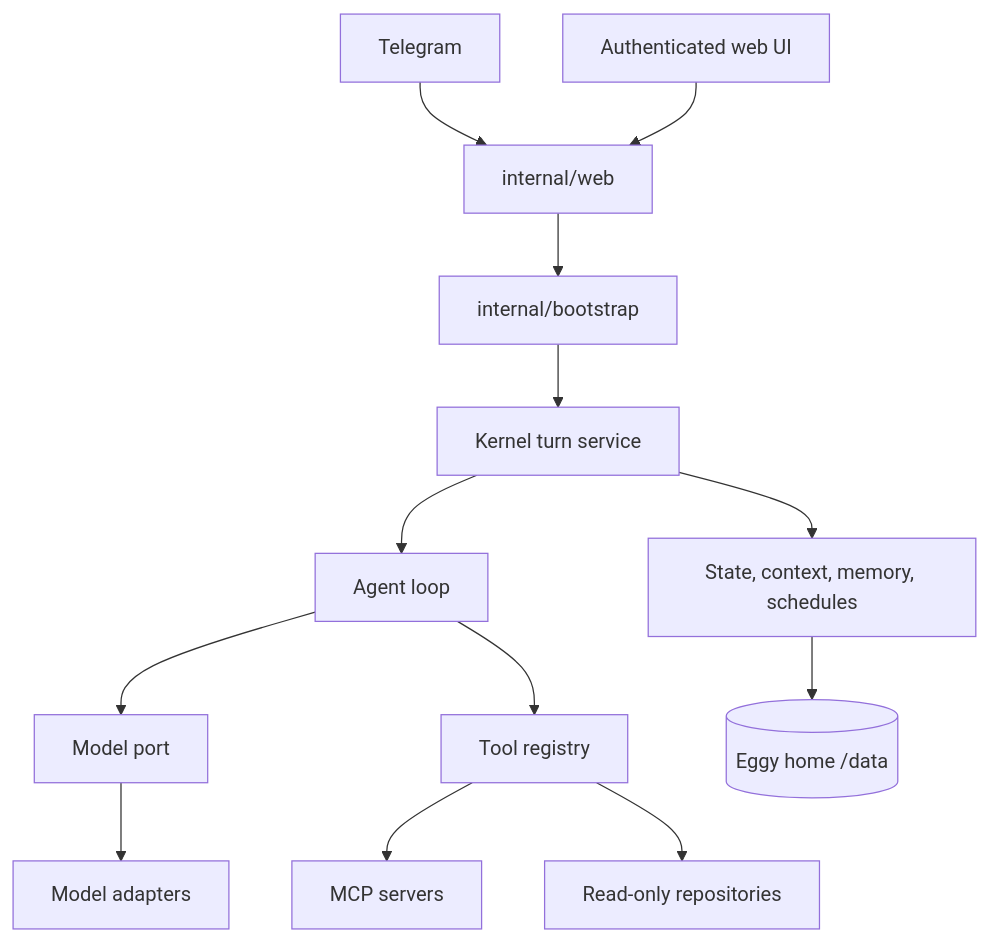
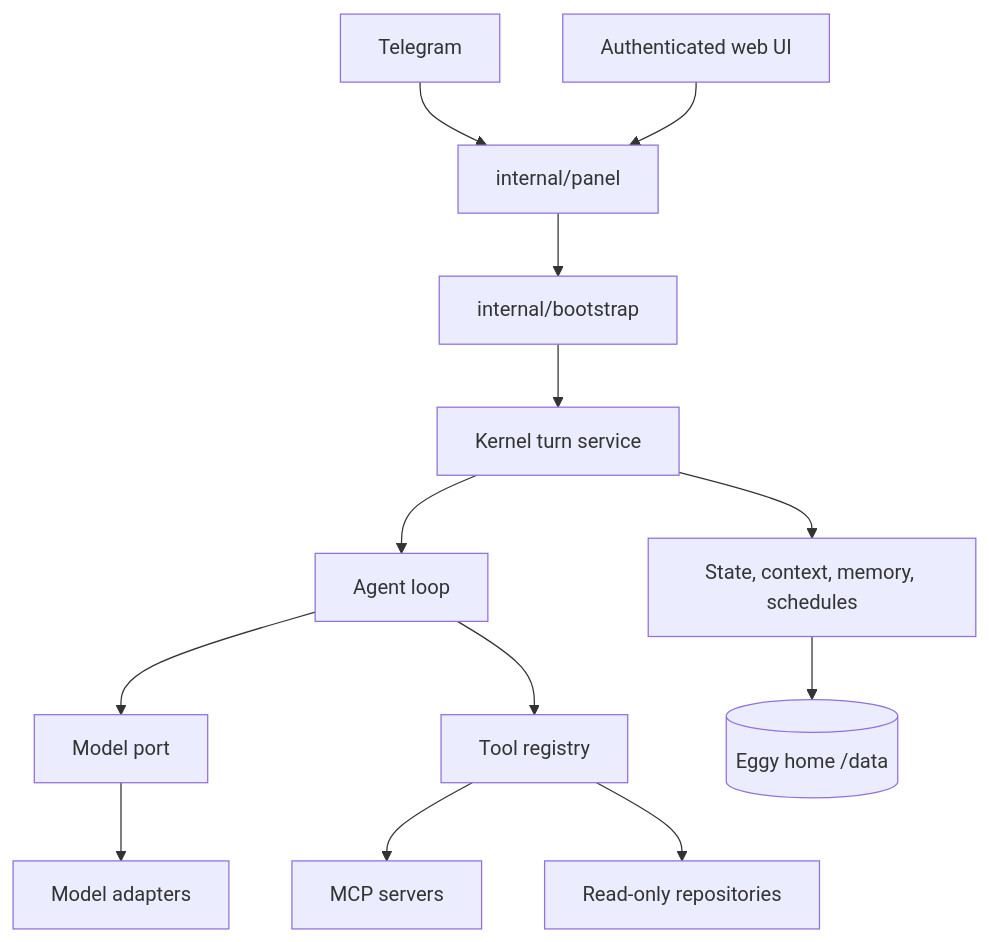
One commit to nigelteosw/eggy changed the diagram in docs/src/content/docs/project/architecture.md. Above: the diagram before and after it, drawn with Mermaid. The commit also changed other lines of this file and 411 other files, not shown here.

````diff
--- a/docs/src/content/docs/project/architecture.md
+++ b/docs/src/content/docs/project/architecture.md
@@ -11,15 +11,15 @@
 ```mermaid
 flowchart TB
-  Telegram[Telegram] --> Web[internal/web]
+  Telegram[Telegram] --> Web[internal/panel]
   Browser[Authenticated web UI] --> Web
   Web --> Bootstrap[internal/bootstrap]
   Bootstrap --> Turns[Kernel turn service]
   Turns --> Loop[Agent loop]
   Loop --> Model[Model port]
   Loop --> Tools[Tool registry]
   Tools --> MCP[MCP servers]
   Tools --> Repos[Read-only repositories]
   Turns --> Stores[State, context, memory, schedules]
   Model --> Providers[Model adapters]
   Stores --> Data[(Eggy home /data)]
 ```
````
